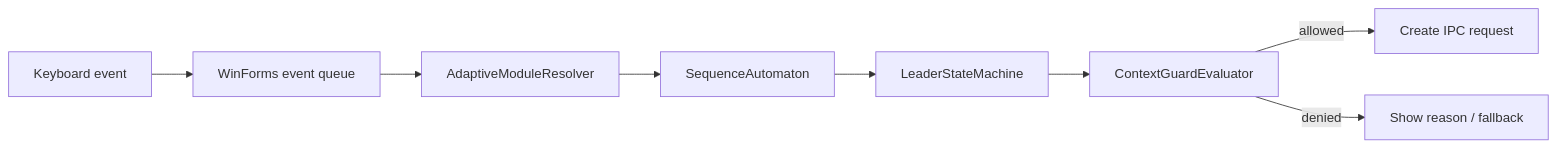
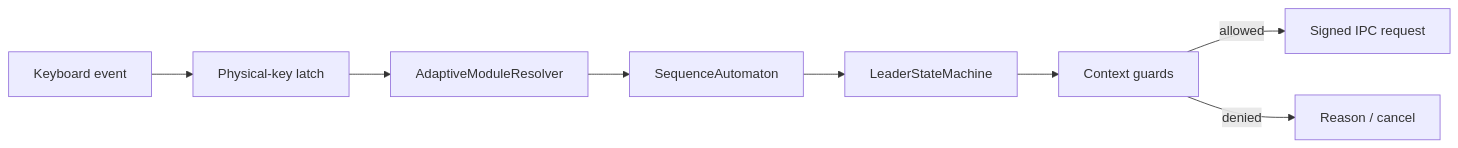
One commit to Homiakus/NXkeys changed the second of 4 diagrams in docs/ARCHITECTURE.md. Above: the diagram before and after it, drawn with Mermaid. The commit also changed other lines of this file, not shown here.

Commit message:
docs: align architecture with v8 runtime and authenticated bridge

````diff
--- a/docs/ARCHITECTURE.md
+++ b/docs/ARCHITECTURE.md
@@ -115,10 +93,10 @@
 ```mermaid
 flowchart LR
-    Key[Keyboard event] --> UIQ[WinForms event queue]
-    UIQ --> Resolver[AdaptiveModuleResolver]
-    Resolver --> DFA[SequenceAutomaton]
-    DFA --> HFSM[LeaderStateMachine]
-    HFSM --> Guard[ContextGuardEvaluator]
-    Guard -->|allowed| Request[Create IPC request]
-    Guard -->|denied| Reason[Show reason / fallback]
+    K[Keyboard event] --> L[Physical-key latch]
+    L --> R[AdaptiveModuleResolver]
+    R --> D[SequenceAutomaton]
+    D --> S[LeaderStateMachine]
+    S --> G[Context guards]
+    G -->|allowed| I[Signed IPC request]
+    G -->|denied| X[Reason / cancel]
 ```
````
